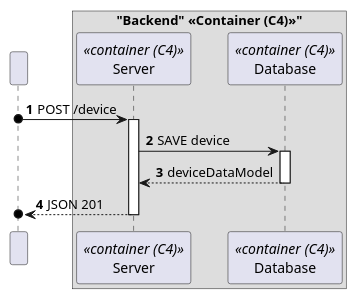
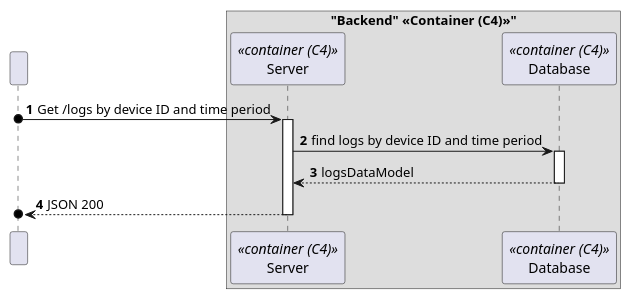
Before and after one commit to moutajDev/smarthome: the diagram in docs/C4_4plus1_models/Level3/ProcessView/ProcessViewLevel3_UC11.puml, drawn with PlantUML.

Commit message:
fix ProcessViewLevel3 UC11 puml

```diff
--- a/docs/C4_4plus1_models/Level3/ProcessView/ProcessViewLevel3_UC11.puml
+++ b/docs/C4_4plus1_models/Level3/ProcessView/ProcessViewLevel3_UC11.puml
@@ -1,31 +1,31 @@
 @startuml
 'https://plantuml.com/sequence-diagram
 !pragma layout smetana
 
 autonumber
 
 participant " " as HTTP
 
 box "Backend" <<Container (C4)>>"
     participant "Server" as SE<<container (C4)>>
     participant "Database" as DB<<container (C4)>>
 end box
 
 
-HTTP o-> SE : POST /device
+HTTP o-> SE : Get /logs by device ID and time period
 activate SE
 
-SE -> DB : SAVE device
+SE -> DB : find logs by device ID and time period
 activate DB
 
-DB --> SE : deviceDataModel
+DB --> SE : logsDataModel
 deactivate DB
 
 
-SE -->o HTTP : JSON 201
+SE -->o HTTP : JSON 200
 deactivate SE
 
 deactivate HTTP
 
 
 @enduml
```
